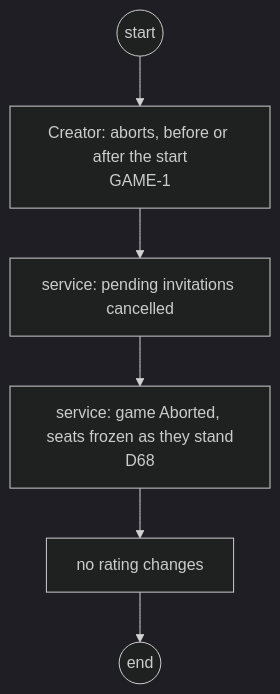
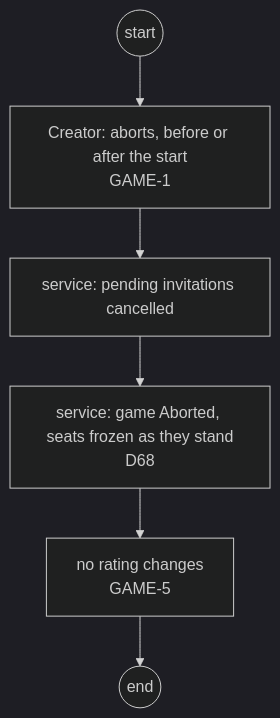
One commit to delphside/programme changed the fifth of 20 diagrams in docs/changes/workstreams/application-game-architecture/71-one-game-model/71-functional.md. Above: the diagram before and after it, drawn with Mermaid (dark theme). The commit also changed other lines of this file and 2 other files, not shown here.

First line of the commit message:
app 0.9.2 api 2.16: GAME-5 to GAME-7, the rules the journeys found

````diff
--- a/docs/changes/workstreams/application-game-architecture/71-one-game-model/71-functional.md
+++ b/docs/changes/workstreams/application-game-architecture/71-one-game-model/71-functional.md
@@ -149,8 +148,8 @@
 ```mermaid
 flowchart TD
   s0((start)) --> c1["Creator: aborts, before or after the start<br/>GAME-1"]
   c1 --> t1["service: pending invitations cancelled"]
   t1 --> t2["service: game Aborted, seats frozen as they stand<br/>D68"]
-  t2 --> t3["no rating changes"]
+  t2 --> t3["no rating changes<br/>GAME-5"]
   t3 --> e0((end))
 ```
````
